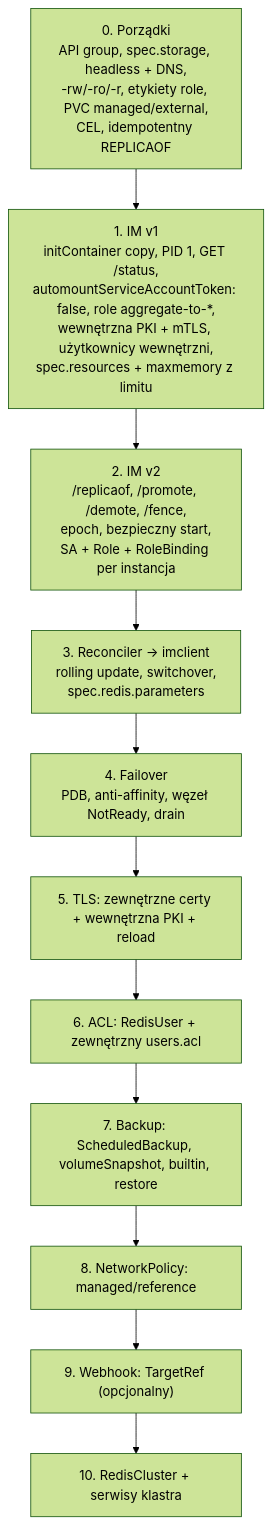
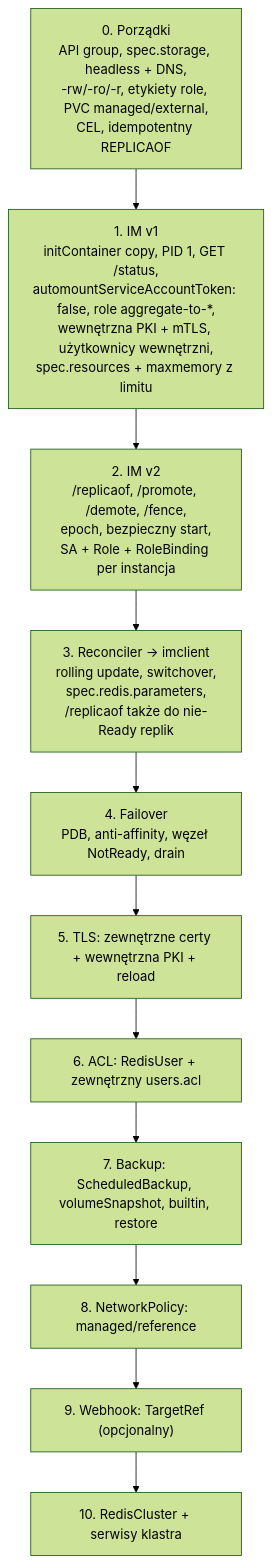
One commit to MrPickle311/redis-operator changed the tenth of 10 diagrams in redis-operator-master-plan.md. Above: the diagram before and after it, drawn with Mermaid (forest theme). The commit also changed other lines of this file and 3 other files, not shown here.

````diff
--- a/redis-operator-master-plan.md
+++ b/redis-operator-master-plan.md
@@ -808,15 +813,15 @@
 ```mermaid
 graph TD
     S0["0. Porządki<br/>API group, spec.storage, headless + DNS,<br/>-rw/-ro/-r, etykiety role, PVC managed/external,<br/>CEL, idempotentny REPLICAOF"]
     S1["1. IM v1<br/>initContainer copy, PID 1, GET /status,<br/>automountServiceAccountToken: false, role aggregate-to-*,<br/>wewnętrzna PKI + mTLS, użytkownicy wewnętrzni,<br/>spec.resources + maxmemory z limitu"]
     S2["2. IM v2<br/>/replicaof, /promote, /demote, /fence,<br/>epoch, bezpieczny start,<br/>SA + Role + RoleBinding per instancja"]
-    S3["3. Reconciler → imclient<br/>rolling update, switchover,<br/>spec.redis.parameters"]
+    S3["3. Reconciler → imclient<br/>rolling update, switchover,<br/>spec.redis.parameters,<br/>/replicaof także do nie-Ready replik"]
     S4["4. Failover<br/>PDB, anti-affinity, węzeł NotReady, drain"]
     S5["5. TLS: zewnętrzne certy + wewnętrzna PKI + reload"]
     S6["6. ACL: RedisUser + zewnętrzny users.acl"]
     S7["7. Backup: ScheduledBackup, volumeSnapshot, builtin, restore"]
     S8["8. NetworkPolicy: managed/reference"]
     S9["9. Webhook: TargetRef (opcjonalny)"]
     S10["10. RedisCluster + serwisy klastra"]
     S0 --> S1 --> S2 --> S3 --> S4 --> S5 --> S6 --> S7 --> S8 --> S9 --> S10
 ```
````
